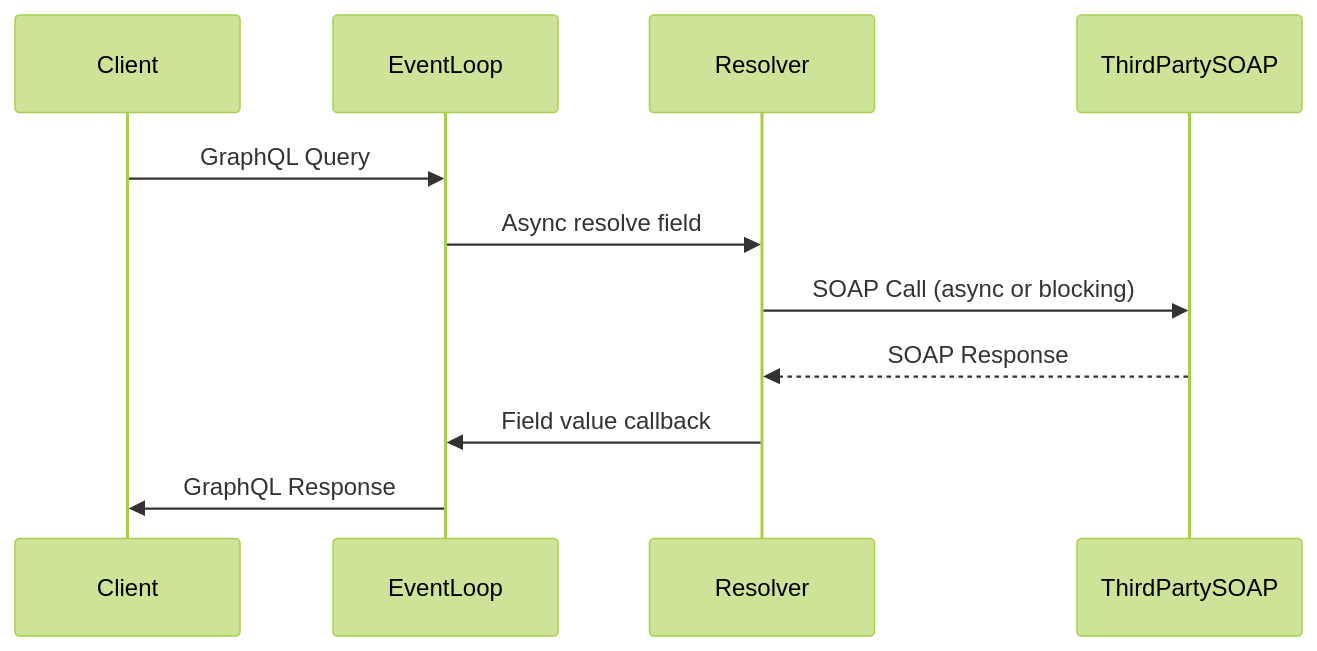
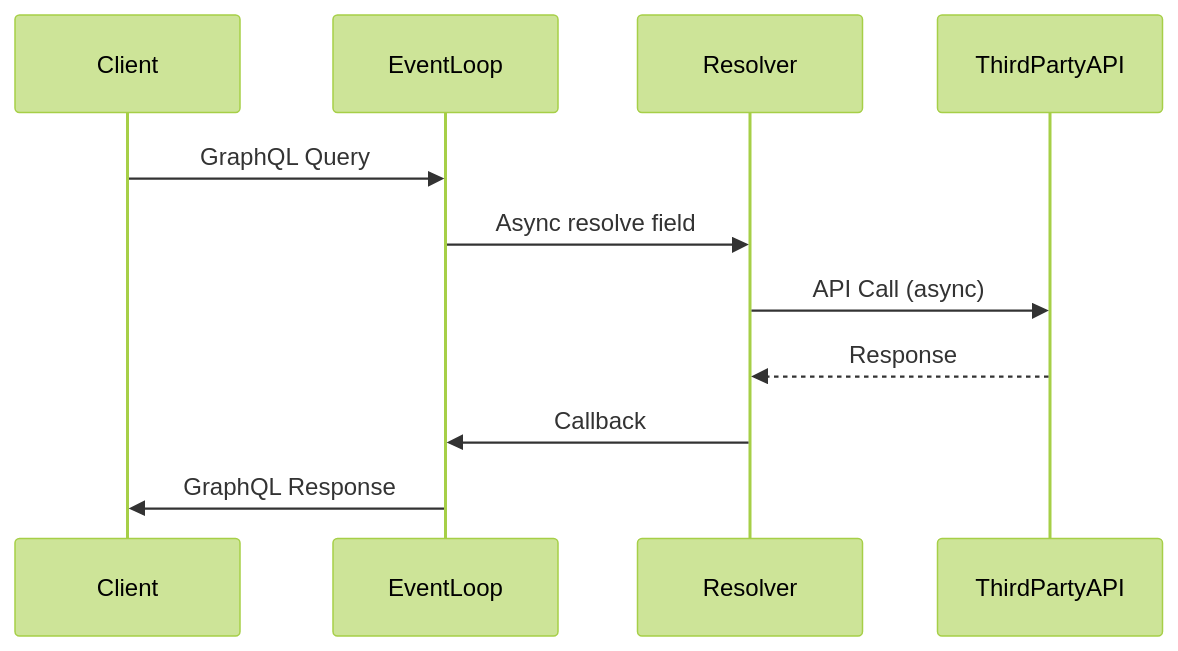
One commit to sonuprajapati15/Web-frameworks changed the seventh of 7 diagrams in README.md. Above: the diagram before and after it, drawn with Mermaid (forest theme). The commit also changed other lines of this file, not shown here.

````diff
--- a/README.md
+++ b/README.md
@@ -599,14 +431,14 @@
 ```mermaid
 sequenceDiagram
     participant Client
     participant EventLoop
     participant Resolver
-    participant ThirdPartySOAP
+    participant ThirdPartyAPI
 
     Client->>EventLoop: GraphQL Query
     EventLoop->>Resolver: Async resolve field
-    Resolver->>ThirdPartySOAP: SOAP Call (async or blocking)
-    ThirdPartySOAP-->>Resolver: SOAP Response
-    Resolver->>EventLoop: Field value callback
+    Resolver->>ThirdPartyAPI: API Call (async)
+    ThirdPartyAPI-->>Resolver: Response
+    Resolver->>EventLoop: Callback
     EventLoop->>Client: GraphQL Response
 ```
````
